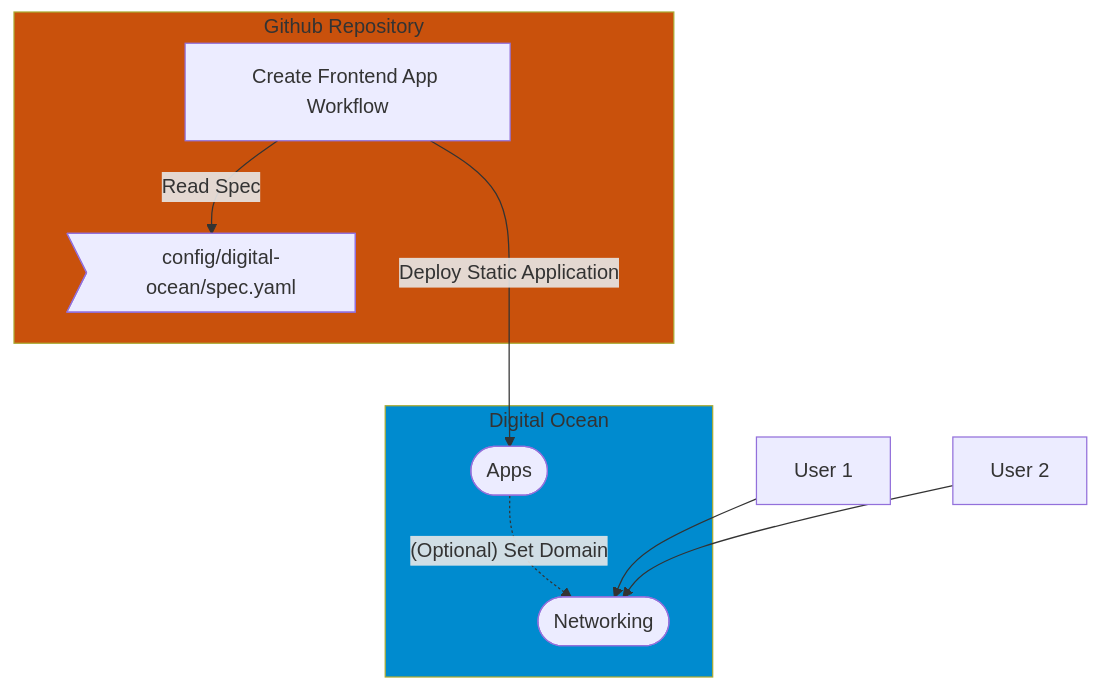
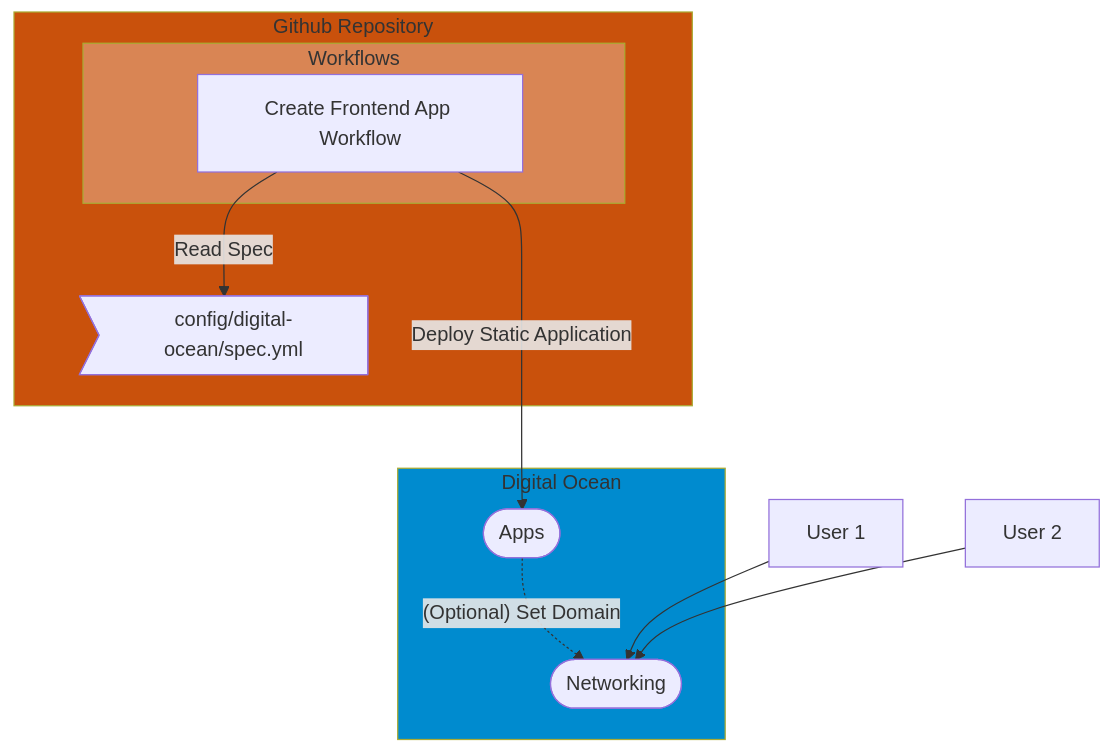
One commit to Jaland/godot-lobby-frontend changed the diagram in README.md. Above: the diagram before and after it, drawn with Mermaid. The commit also changed other lines of this file and 6 other files, not shown here.

````diff
--- a/README.md
+++ b/README.md
@@ -49,29 +40,32 @@
 ```mermaid
   graph TD
 
     subgraph GR[Github Repository]
+    subgraph GW[Workflows]
       wf[Create Frontend App Workflow]
-      spec>config/digital-ocean/spec.yaml]
+    end
+      spec>config/digital-ocean/spec.yml]
 
       wf -->|Read Spec| spec 
     end
 
     subgraph DO[Digital Ocean]
       app([Apps])
       net([Networking])    
       %% cr[(Container Registry)]
 
       app -.->|"(Optional) Set Domain"| net
     end
 
     wf --->|Deploy Static Application| app
 
       u1[User 1]
       u2[User 2]
 
       u1 --> net
       u2 --> net
       
     style GR fill:#c9510c
+    style GW fill:#d98554
     style DO fill:#008bcf
 ```
````
